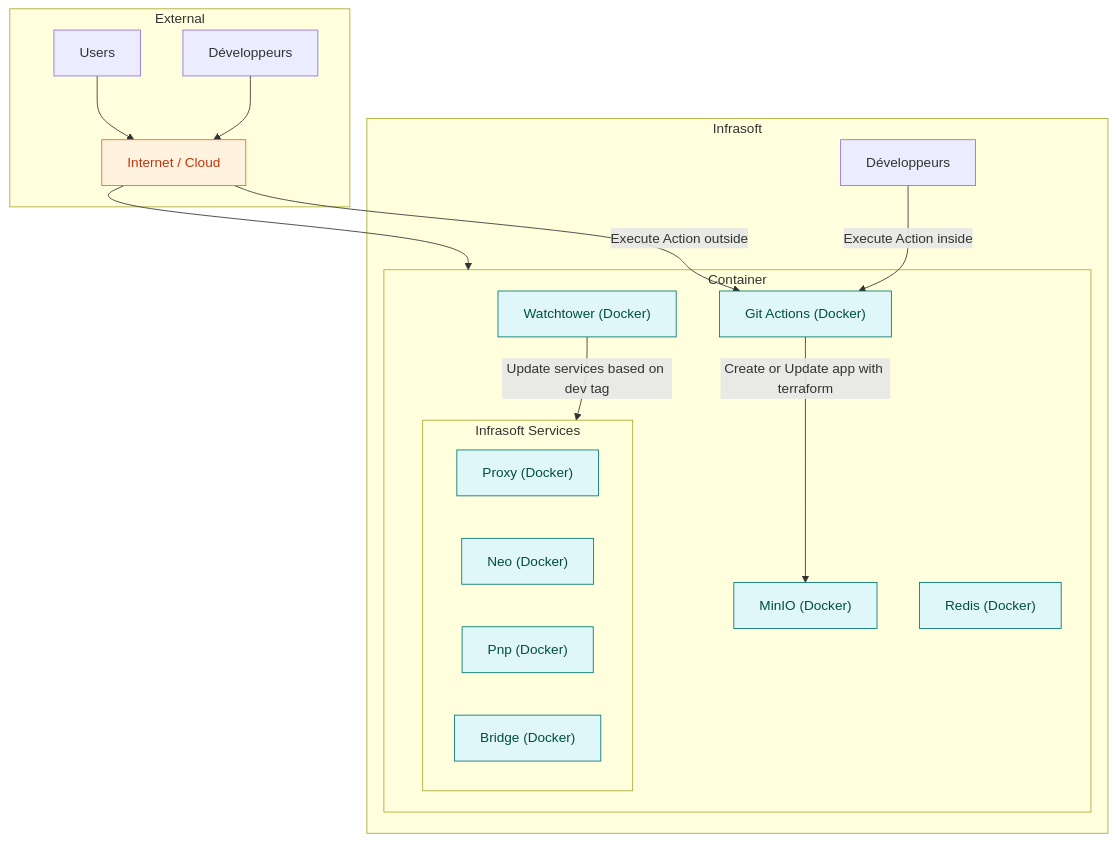
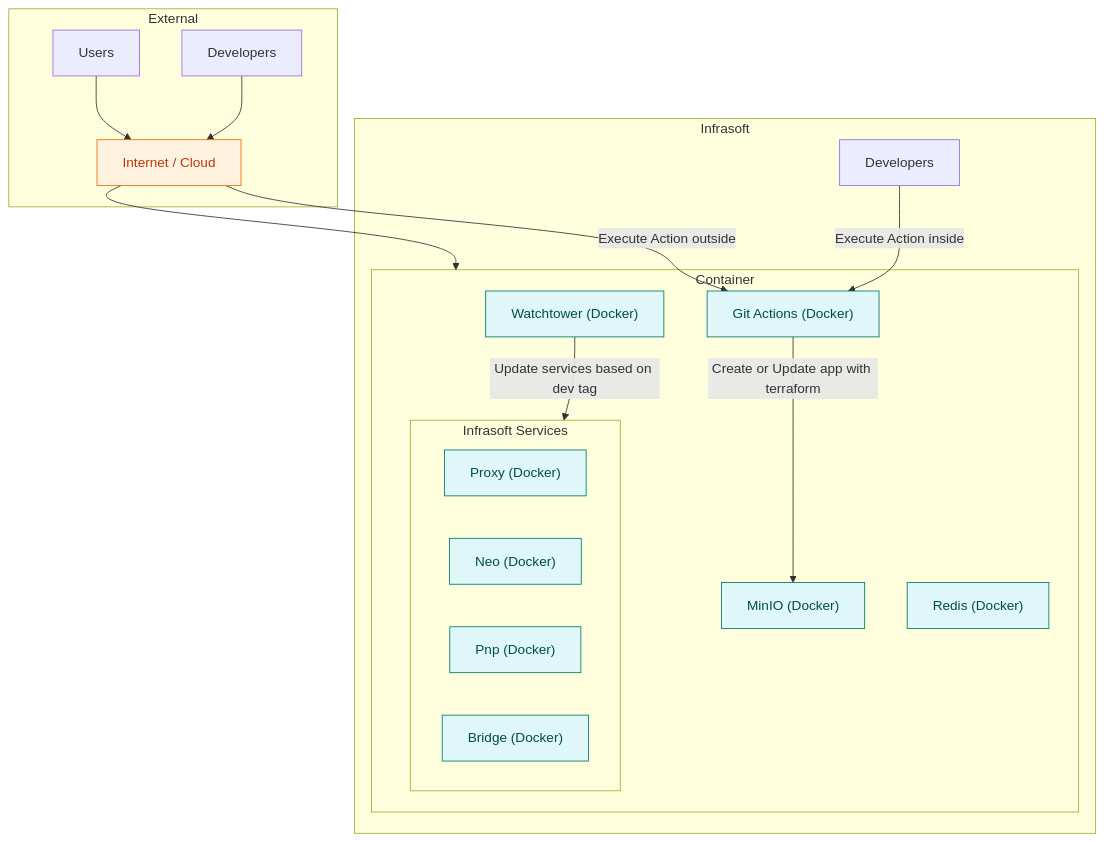
The diagram in vnv-doc-content/blog/posts/Mainframe cloud architecture.md (infrasoftbe/vnv-doc), drawn with Mermaid before and after one commit. The commit also changed other lines of this file and 9 other files, not shown here.

````diff
--- a/vnv-doc-content/blog/posts/Mainframe cloud architecture.md
+++ b/vnv-doc-content/blog/posts/Mainframe cloud architecture.md
@@ -8,77 +8,77 @@
 ```mermaid
 flowchart TB
 
-    %% --- Groupes principaux ---
+    %% --- Main Groups ---
 
     subgraph Infrasoft ["Infrasoft"]
 
-      i_Devs["Développeurs"]
+      i_Devs["Developers"]
 
       subgraph DockerContainer ["Container"]
 
-          subgraph InfrasoftServices ["Infrasoft Services"]
+          subgraph InfrasoftServices ["Infrasoft Services"]
 
-              Proxy["Proxy (Docker)"]
+              Proxy["Proxy (Docker)"]
 
-              Neo["Neo (Docker)"]
+              Neo["Neo (Docker)"]
 
-              Pnp["Pnp (Docker)"]
+              Pnp["Pnp (Docker)"]
 
-              Bridge["Bridge (Docker)"]
+              Bridge["Bridge (Docker)"]
 
-          end
+          end
 
 
 
-          MinIO["MinIO (Docker)"]
+          MinIO["MinIO (Docker)"]
 
-          Redis["Redis (Docker)"]
+          Redis["Redis (Docker)"]
 
-          GitActions["Git Actions (Docker)"]
+          GitActions["Git Actions (Docker)"]
 
-          Watchtower["Watchtower (Docker)"]
+          Watchtower["Watchtower (Docker)"]
 
-      end
+      end
 
     end
 
-    %% --- Éléments externes ---
+    %% --- External Elements ---
 
-    subgraph External
+    subgraph External
 
         o_users["Users"]
 
-        o_Devs["Développeurs"]
+        o_Devs["Developers"]
 
-        Cloud["Internet / Cloud"]
+        Cloud["Internet / Cloud"]
 
-    end
+    end
 
 
 
-    Watchtower -->|"Update services based on dev tag"| InfrasoftServices
+    Watchtower -->|"Update services based on dev tag"| InfrasoftServices
 
 
 
-    %% --- Flux GitActions / Redis / MinIO ---
+    %% --- GitActions / Redis / MinIO Flows ---
 
-    i_Devs["Développeurs"] -->|"Execute Action inside"| GitActions
-    GitActions -->|"Create or Update app with terraform"| MinIO
+    i_Devs["Developers"] -->|"Execute Action inside"| GitActions
+    GitActions -->|"Create or Update app with terraform"| MinIO
 
 
 
-    %% --- Exécution externe ---
+    %% --- External Execution ---
 
-   o_Devs["Développeurs"] --> Cloud -->|"Execute Action outside"| GitActions
+   o_Devs["Developers"] --> Cloud -->|"Execute Action outside"| GitActions
    o_users["Users"] --> Cloud --> DockerContainer
 
-    %% --- Styles ---
+    %% --- Styles ---
 
-    classDef docker fill:#e0f7fa,stroke:#00796b,stroke-width:1px,color:#004d40;
+    classDef docker fill:#e0f7fa,stroke:#00796b,stroke-width:1px,color:#004d40;
 
-    class Proxy,Neo,Pnp,Bridge,MinIO,Redis,GitActions,Watchtower docker;
+    class Proxy,Neo,Pnp,Bridge,MinIO,Redis,GitActions,Watchtower docker;
 
-    classDef external fill:#fff3e0,stroke:#ef6c00,stroke-width:1px,color:#bf360c;
+    classDef external fill:#fff3e0,stroke:#ef6c00,stroke-width:1px,color:#bf360c;
 
-    class Devs,Cloud,Acc external;
+    class Devs,Cloud,Acc external;
 ```
````
